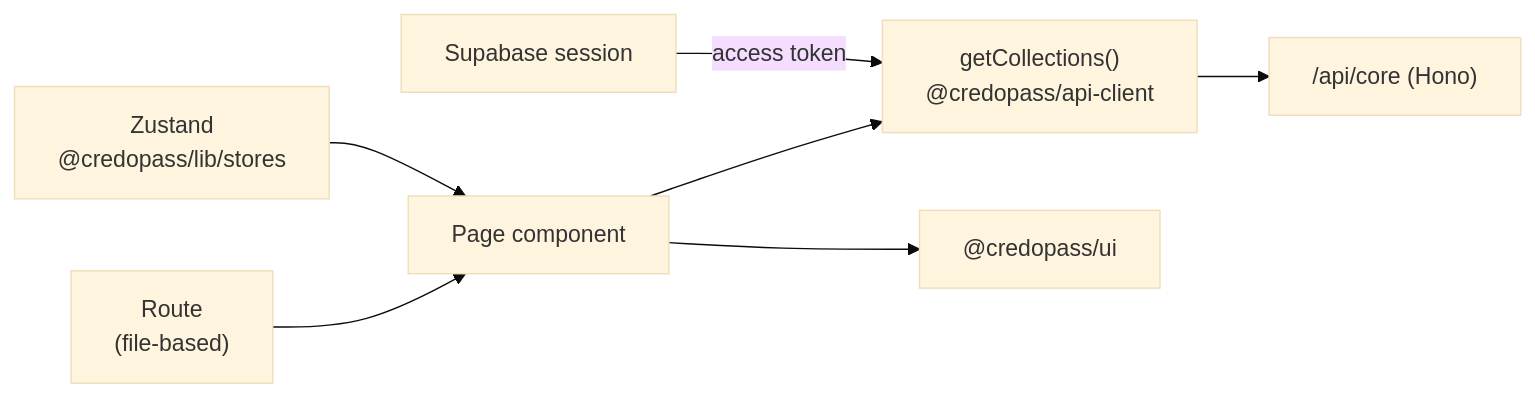
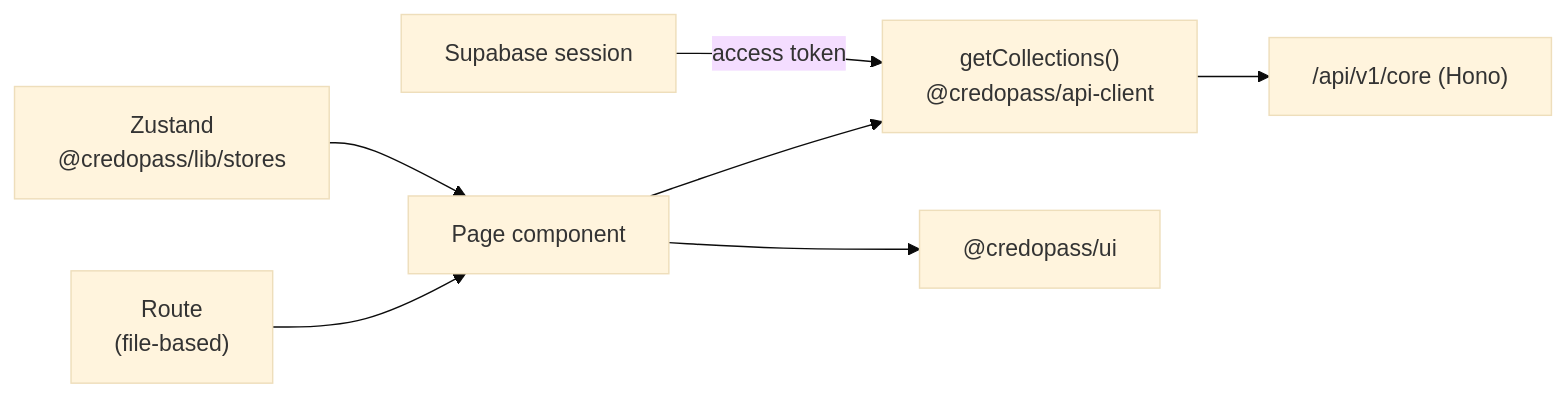
Before and after one commit to codewreaker/credopass: the diagram in apps/web/README.md, drawn with Mermaid (base theme). The commit also changed other lines of this file and 101 other files, not shown here.

````diff
--- a/apps/web/README.md
+++ b/apps/web/README.md
@@ -12,9 +12,9 @@
 ```mermaid
 flowchart LR
     R["Route<br/>(file-based)"] --> P["Page component"]
     P --> Col["getCollections()<br/>@credopass/api-client"]
-    Col --> API["/api/core (Hono)"]
+    Col --> API["/api/v1/core (Hono)"]
     P --> UI["@credopass/ui"]
     Store["Zustand<br/>@credopass/lib/stores"] --> P
     SB["Supabase session"] -->|access token| Col
 ```
````
